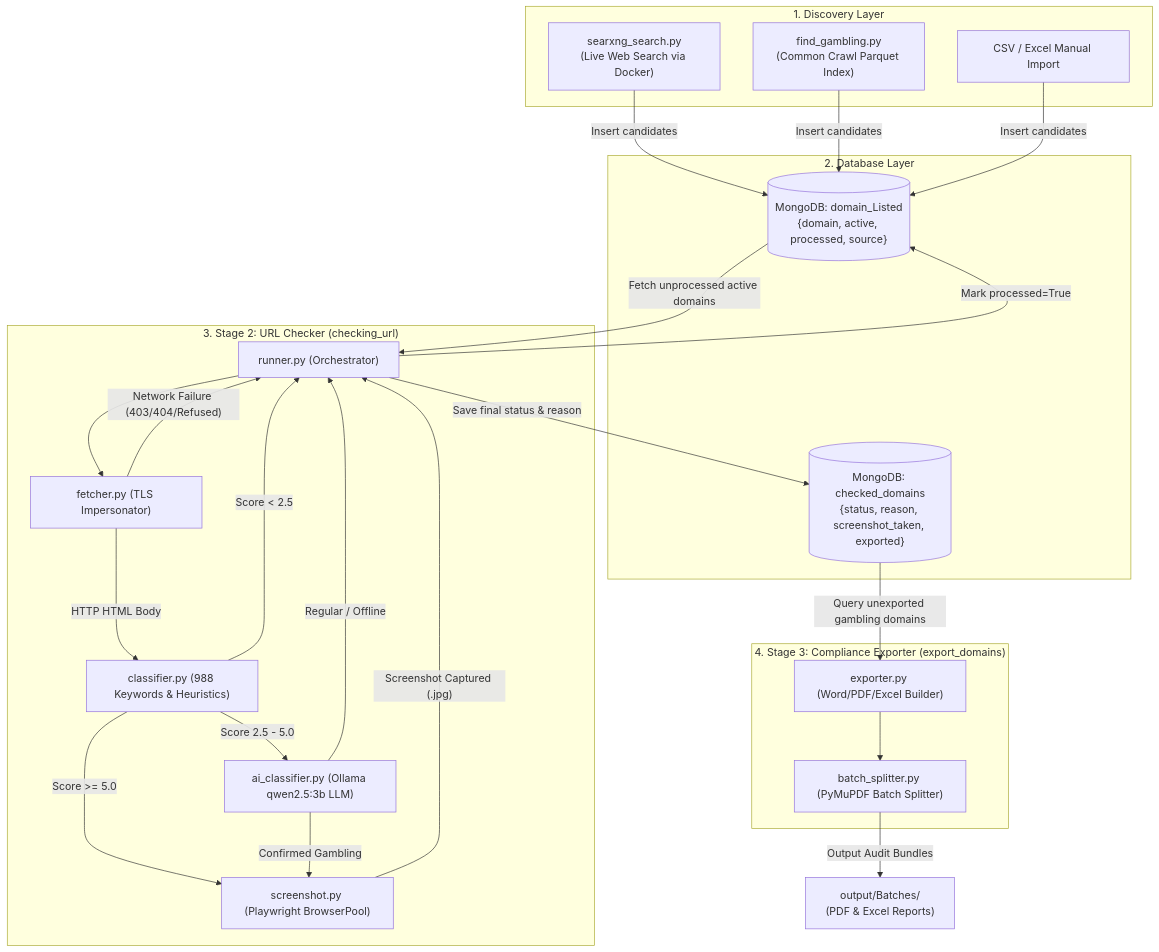
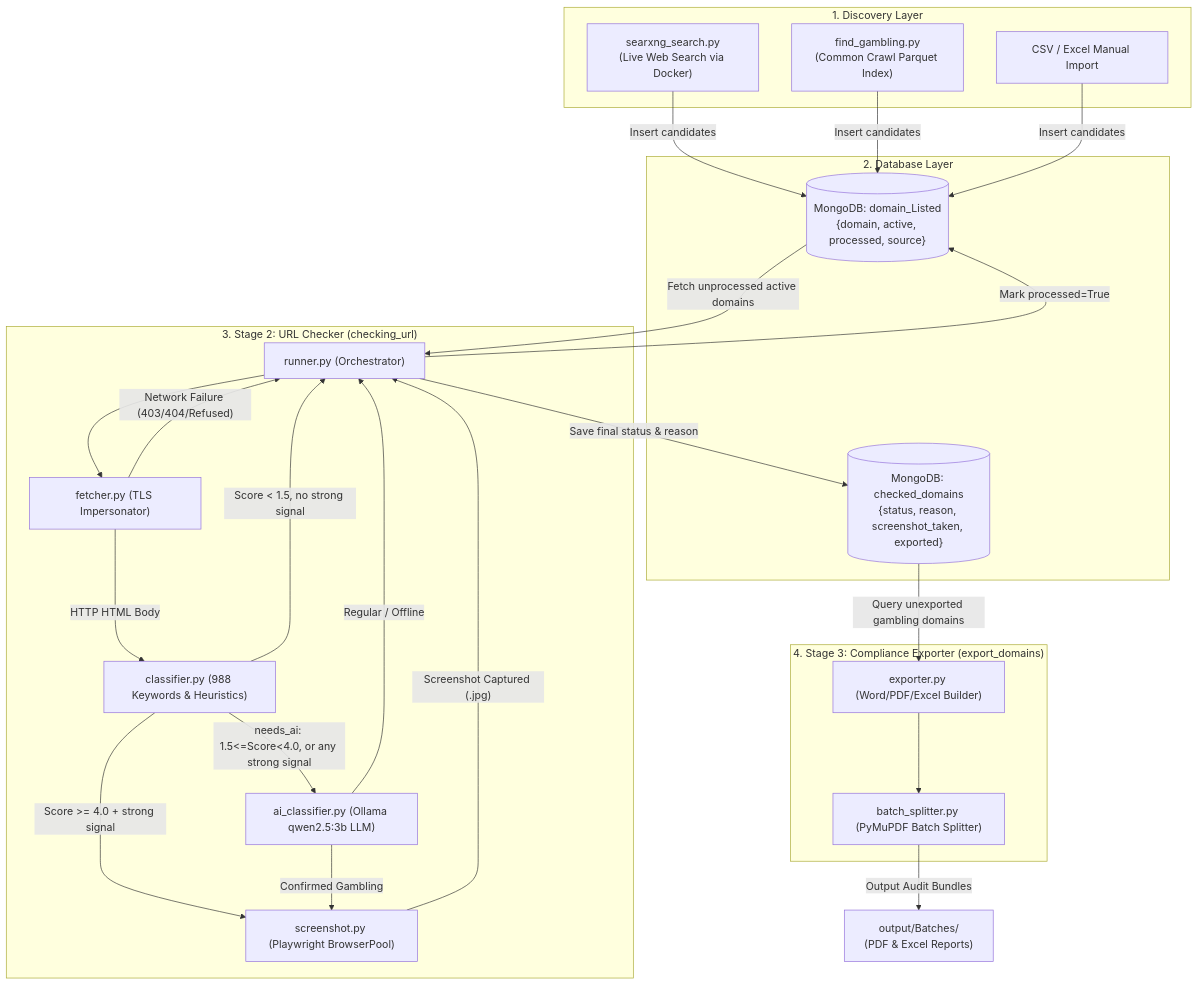
One commit to nhiteshbohra/gamblingwebfind changed the first of 3 diagrams in ARCHITECTURE.md. Above: the diagram before and after it, drawn with Mermaid. The commit also changed other lines of this file and 44 other files, not shown here.

````diff
--- a/ARCHITECTURE.md
+++ b/ARCHITECTURE.md
@@ -115,46 +129,46 @@
 ```mermaid
 flowchart TD
     subgraph Discovery ["1. Discovery Layer"]
         S0["searxng_search.py<br/>(Live Web Search via Docker)"]
         S1["find_gambling.py<br/>(Common Crawl Parquet Index)"]
         CSV["CSV / Excel Manual Import"]
     end
 
     subgraph Storage ["2. Database Layer"]
         M1[("MongoDB: domain_Listed<br/>{domain, active, processed, source}")]
         M2[("MongoDB: checked_domains<br/>{status, reason, screenshot_taken, exported}")]
     end
 
     subgraph Verification ["3. Stage 2: URL Checker (checking_url)"]
         RUN["runner.py (Orchestrator)"]
         FET["fetcher.py (TLS Impersonator)"]
         CLA["classifier.py (988 Keywords & Heuristics)"]
         AI["ai_classifier.py (Ollama qwen2.5:3b LLM)"]
         PWB["screenshot.py (Playwright BrowserPool)"]
     end
 
     subgraph Reporting ["4. Stage 3: Compliance Exporter (export_domains)"]
         EXP["exporter.py (Word/PDF/Excel Builder)"]
         SPL["batch_splitter.py (PyMuPDF Batch Splitter)"]
     end
 
     S0 & S1 & CSV -->|Insert candidates| M1
     M1 -->|Fetch unprocessed active domains| RUN
     RUN --> FET
     FET -- "HTTP HTML Body" --> CLA
     FET -- "Network Failure (403/404/Refused)" --> RUN
 
-    CLA -- "Score >= 5.0" --> PWB
-    CLA -- "Score < 2.5" --> RUN
-    CLA -- "Score 2.5 - 5.0" --> AI
+    CLA -- "Score >= 4.0 + strong signal" --> PWB
+    CLA -- "Score < 1.5, no strong signal" --> RUN
+    CLA -- "needs_ai: 1.5<=Score<4.0, or any strong signal" --> AI
     AI -- "Confirmed Gambling" --> PWB
     AI -- "Regular / Offline" --> RUN
 
     PWB -- "Screenshot Captured (.jpg)" --> RUN
     RUN -->|Save final status & reason| M2
     RUN -->|Mark processed=True| M1
 
     M2 -->|Query unexported gambling domains| EXP
     EXP --> SPL
     SPL -->|Output Audit Bundles| OUT["output/Batches/<br/>(PDF & Excel Reports)"]
 ```
````
